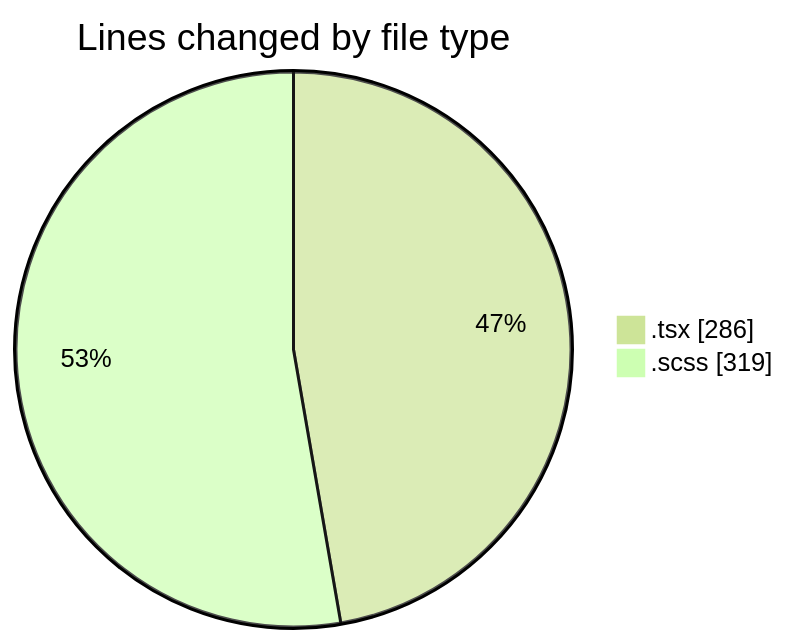
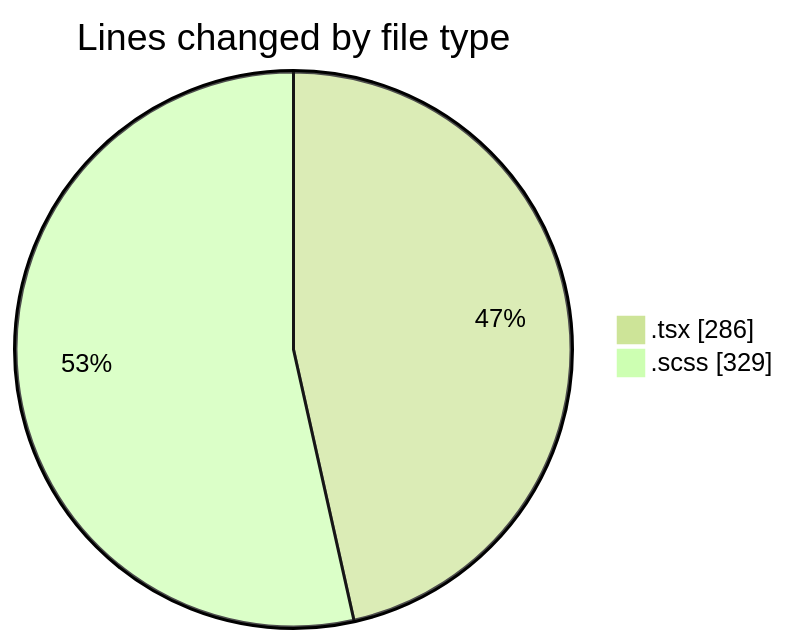
Before and after one commit to momahboobian/code-tracking: the first of 2 diagrams in 2025-12-11/cda/README.md, drawn with Mermaid (forest theme). The commit also changed other lines of this file and 1 other file, not shown here.

````diff
--- a/2025-12-11/cda/README.md
+++ b/2025-12-11/cda/README.md
@@ -23,6 +23,6 @@
 ```mermaid
 pie showData
 title Lines changed by file type
 ".tsx" : 286
-".scss" : 319
+".scss" : 329
 ```
````
